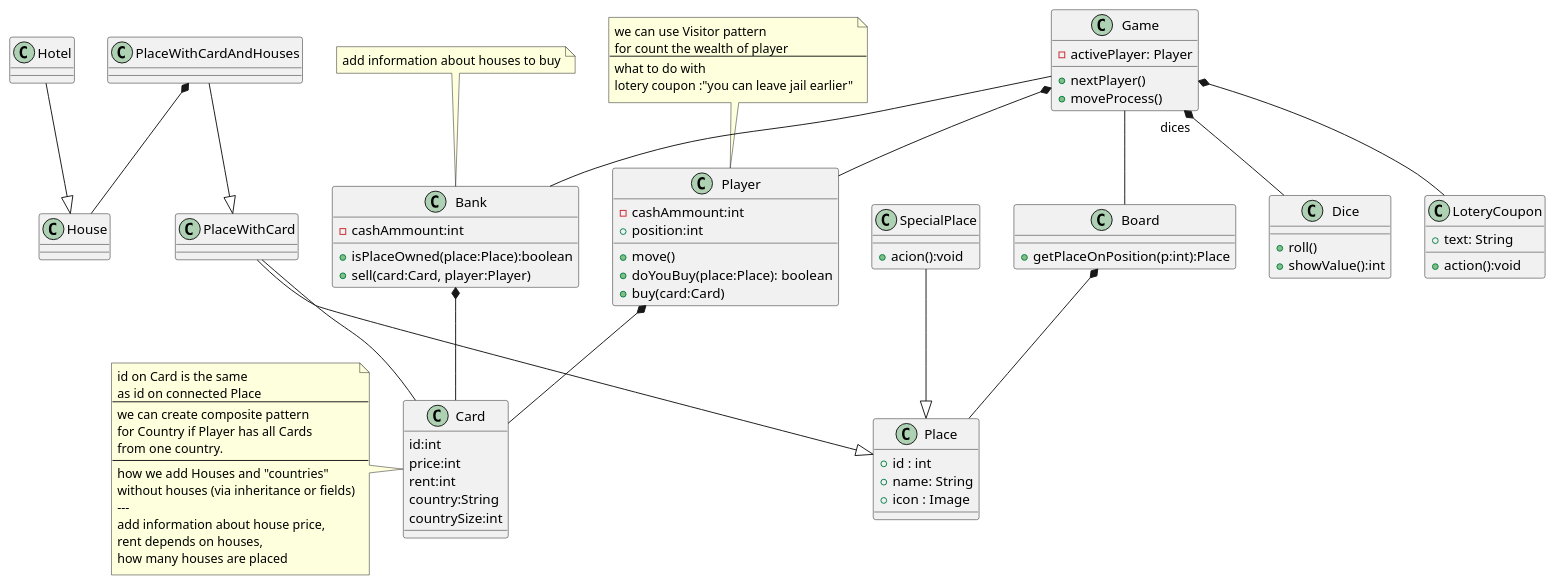
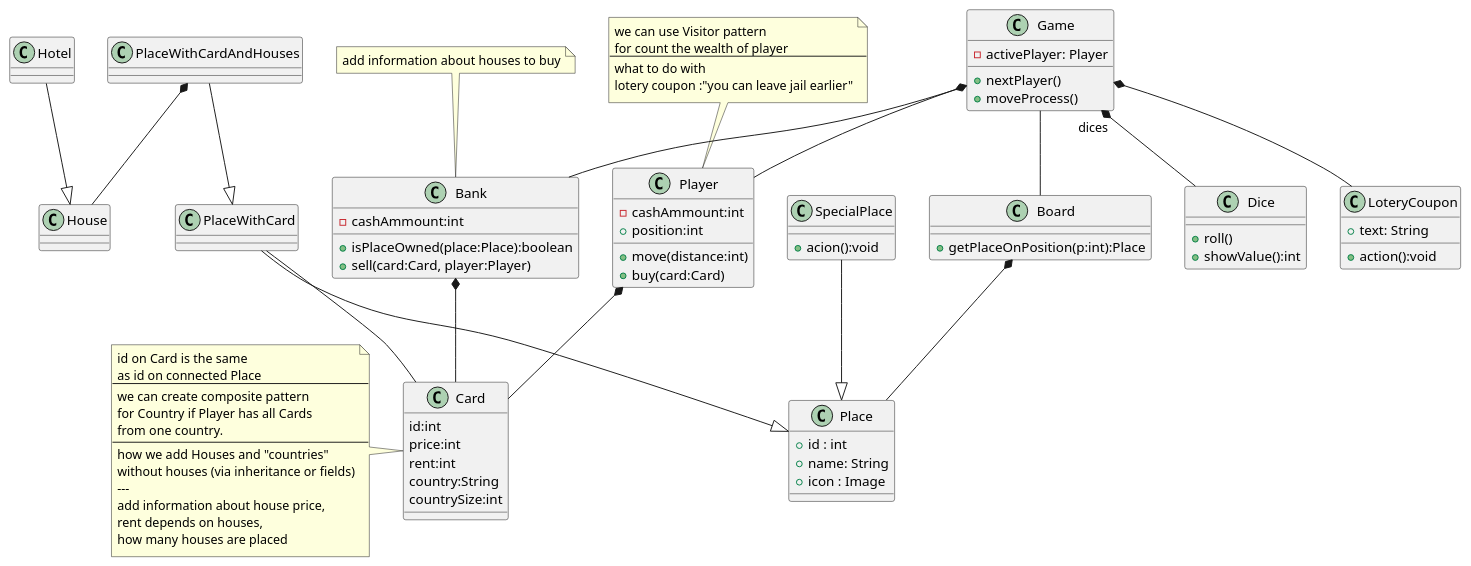
One commit to kpodlaski/ProjObj2019 changed the diagram in dzienne/gr2/monopoly/class_diagram.plantuml. Above: the diagram before and after it, drawn with PlantUML. The commit also changed 1 other file, not shown here.

```diff
--- a/dzienne/gr2/monopoly/class_diagram.plantuml
+++ b/dzienne/gr2/monopoly/class_diagram.plantuml
@@ -1,110 +1,109 @@
 @startuml
 Game "dices" *-- Dice
 Game -- Board
 Board *-- Place
 PlaceWithCard -- Card
 Player *-- Card
 Bank *-- Card
 Hotel --|> House
 PlaceWithCardAndHouses *-- House
 Game -- Bank
 Game *-- Player
 SpecialPlace --|> Place
 PlaceWithCard --|> Place
 PlaceWithCardAndHouses --|> PlaceWithCard
 Game *-- LoteryCoupon
 
 class Dice{
     +roll()
     +showValue():int
 }
 
 'Controller of the game process'
 class Game{
     -activePlayer: Player
     +nextPlayer()
     'implements move activity diagram'
     +moveProcess()
 }
 
 class Board{
     +getPlaceOnPosition(p:int):Place
 }
 class Bank{
     -cashAmmount:int
     +isPlaceOwned(place:Place):boolean
     /' 
         sell - operations:
         increase ammount, 
         remove card from bank,
         invoke buy on player
     '/
     +sell(card:Card, player:Player)
 }
 note top
     add information about houses to buy
 endnote 
 
 class Place {
     +id : int
     +name: String 
     +icon : Image
 }
 
 class SpecialPlace {
     +acion():void
 }
 class PlaceWithCard {}
 class PlaceWithCardAndHouses {}
 
 class Player{
     -cashAmmount:int
     +position:int 
-    +move()
-    +doYouBuy(place:Place): boolean
+    +move(distance:int)
     /' 
         buy - operations:
         decrease ammount, 
         add card
     '/
     +buy(card:Card)
 }
 note top
     we can use Visitor pattern
     for count the wealth of player
     ---
     what to do with
     lotery coupon :"you can leave jail earlier"
 endnote
 
 class Card{
     id:int
     price:int
     rent:int
     country:String
     countrySize:int
 }
 note left
     id on Card is the same
     as id on connected Place
     ---
     we can create composite pattern
     for Country if Player has all Cards
     from one country.
     ---
     how we add Houses and "countries" 
     without houses (via inheritance or fields)
     --- 
     add information about house price, 
     rent depends on houses,
     how many houses are placed
 end note
 class House
 class Hotel
 
 class LoteryCoupon{
     +text: String
     +action():void
 }
 
 @enduml
```
